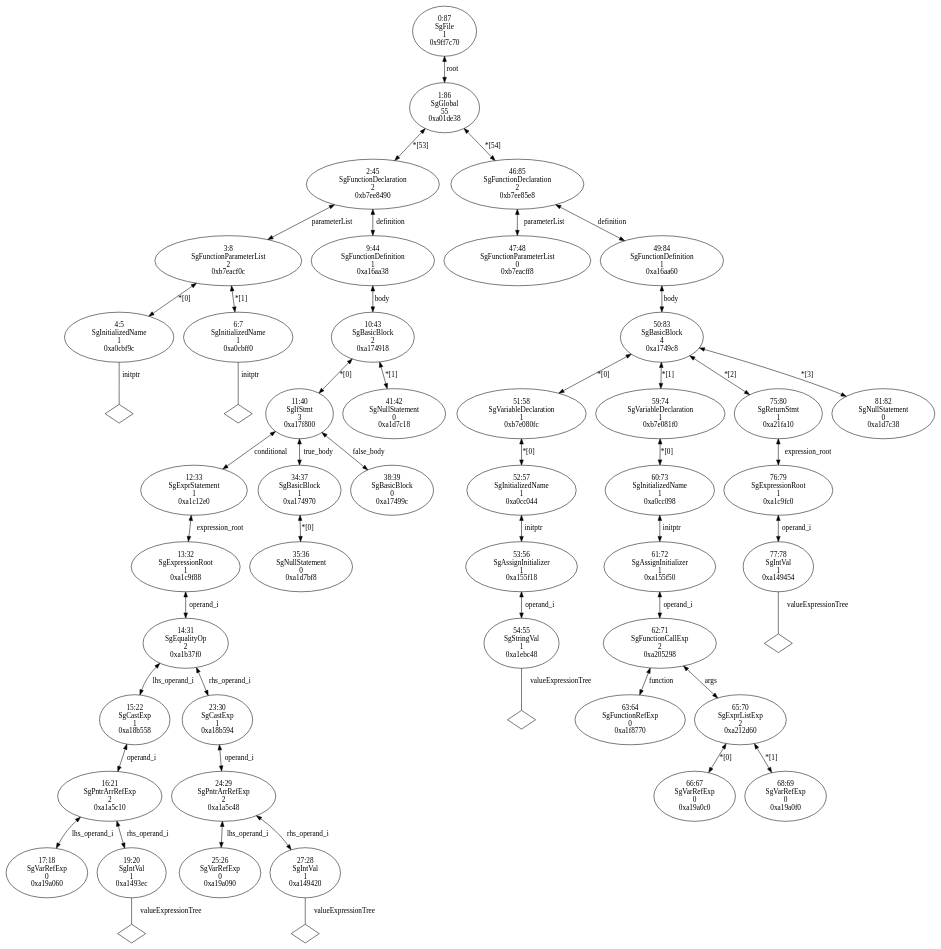
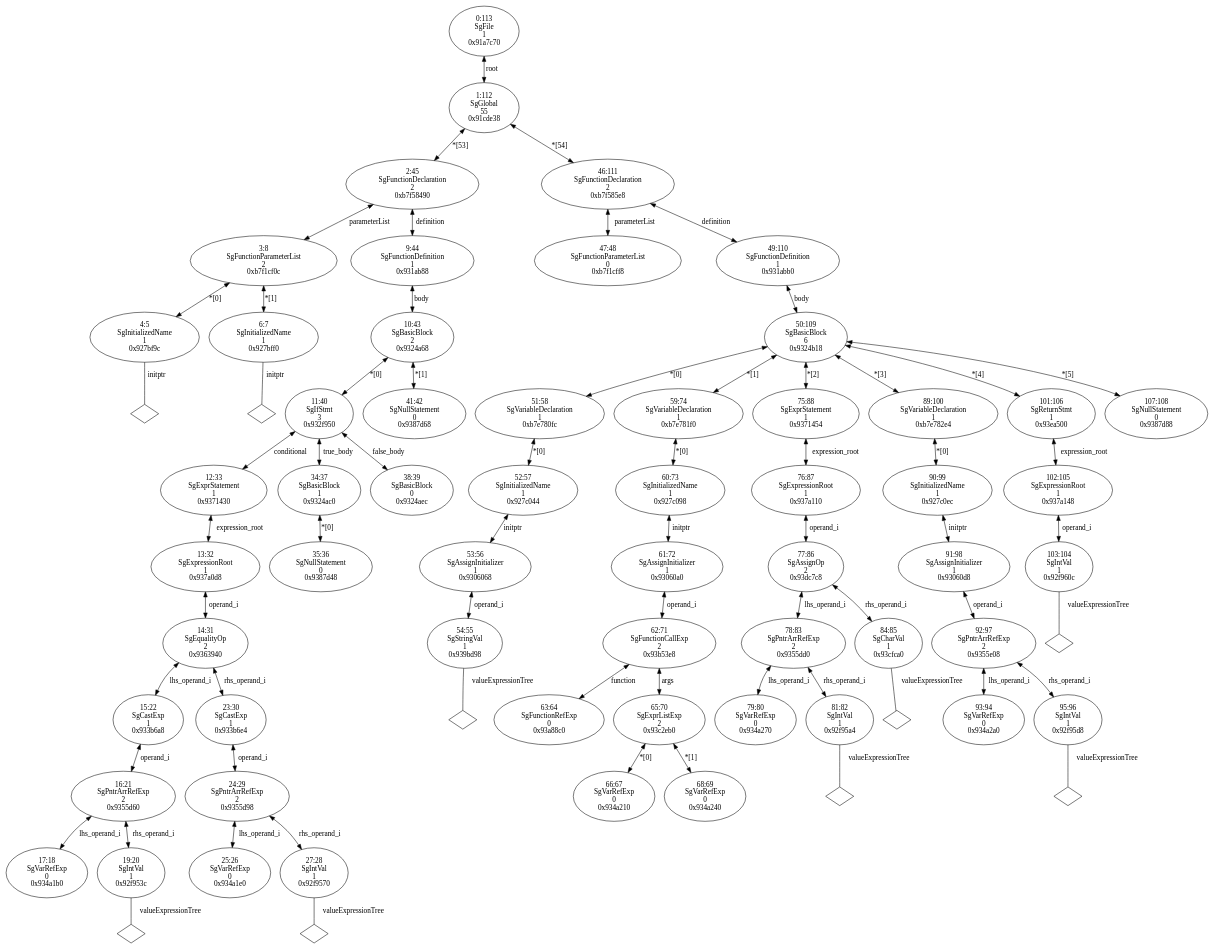
The diagram in trunk/TestResults/AliasIRInterface/passArrayPtr.c.dot (BackupTheBerlios/useoa-rose-svn), drawn with Graphviz before and after one commit. The commit also changed 4 other files, not shown here.

```diff
--- a/trunk/TestResults/AliasIRInterface/passArrayPtr.c.dot
+++ b/trunk/TestResults/AliasIRInterface/passArrayPtr.c.dot
@@ -1,101 +1,133 @@
 digraph "G./passArrayPtr.c.dot" {
-"0xa0cbf9c"[label="4:5\nSgInitializedName\n1\n0xa0cbf9c\n" ];
-"0xa0cbf9c" -> "0xa0cbf9c__initptr__null"[label="initptr" dir=none ];
-"0xa0cbf9c__initptr__null"[label="" shape=diamond ];
-"0xa0cbff0"[label="6:7\nSgInitializedName\n1\n0xa0cbff0\n" ];
-"0xa0cbff0" -> "0xa0cbff0__initptr__null"[label="initptr" dir=none ];
-"0xa0cbff0__initptr__null"[label="" shape=diamond ];
-"0xb7eacf0c"[label="3:8\nSgFunctionParameterList\n2\n0xb7eacf0c\n" ];
-"0xb7eacf0c" -> "0xa0cbf9c"[label="*[0]" dir=both ];
-"0xb7eacf0c" -> "0xa0cbff0"[label="*[1]" dir=both ];
-"0xa19a060"[label="17:18\nSgVarRefExp\n0\n0xa19a060\n" ];
-"0xa1493ec"[label="19:20\nSgIntVal\n1\n0xa1493ec\n" ];
-"0xa1493ec" -> "0xa1493ec__valueExpressionTree__null"[label="valueExpressionTree" dir=none ];
-"0xa1493ec__valueExpressionTree__null"[label="" shape=diamond ];
-"0xa1a5c10"[label="16:21\nSgPntrArrRefExp\n2\n0xa1a5c10\n" ];
-"0xa1a5c10" -> "0xa19a060"[label="lhs_operand_i" dir=both ];
-"0xa1a5c10" -> "0xa1493ec"[label="rhs_operand_i" dir=both ];
-"0xa18b558"[label="15:22\nSgCastExp\n1\n0xa18b558\n" ];
-"0xa18b558" -> "0xa1a5c10"[label="operand_i" dir=both ];
-"0xa19a090"[label="25:26\nSgVarRefExp\n0\n0xa19a090\n" ];
-"0xa149420"[label="27:28\nSgIntVal\n1\n0xa149420\n" ];
-"0xa149420" -> "0xa149420__valueExpressionTree__null"[label="valueExpressionTree" dir=none ];
-"0xa149420__valueExpressionTree__null"[label="" shape=diamond ];
-"0xa1a5c48"[label="24:29\nSgPntrArrRefExp\n2\n0xa1a5c48\n" ];
-"0xa1a5c48" -> "0xa19a090"[label="lhs_operand_i" dir=both ];
-"0xa1a5c48" -> "0xa149420"[label="rhs_operand_i" dir=both ];
-"0xa18b594"[label="23:30\nSgCastExp\n1\n0xa18b594\n" ];
-"0xa18b594" -> "0xa1a5c48"[label="operand_i" dir=both ];
-"0xa1b37f0"[label="14:31\nSgEqualityOp\n2\n0xa1b37f0\n" ];
-"0xa1b37f0" -> "0xa18b558"[label="lhs_operand_i" dir=both ];
-"0xa1b37f0" -> "0xa18b594"[label="rhs_operand_i" dir=both ];
-"0xa1c9f88"[label="13:32\nSgExpressionRoot\n1\n0xa1c9f88\n" ];
-"0xa1c9f88" -> "0xa1b37f0"[label="operand_i" dir=both ];
-"0xa1c12e0"[label="12:33\nSgExprStatement\n1\n0xa1c12e0\n" ];
-"0xa1c12e0" -> "0xa1c9f88"[label="expression_root" dir=both ];
-"0xa1d7bf8"[label="35:36\nSgNullStatement\n0\n0xa1d7bf8\n" ];
-"0xa174970"[label="34:37\nSgBasicBlock\n1\n0xa174970\n" ];
-"0xa174970" -> "0xa1d7bf8"[label="*[0]" dir=both ];
-"0xa17499c"[label="38:39\nSgBasicBlock\n0\n0xa17499c\n" ];
-"0xa17f800"[label="11:40\nSgIfStmt\n3\n0xa17f800\n" ];
-"0xa17f800" -> "0xa1c12e0"[label="conditional" dir=both ];
-"0xa17f800" -> "0xa174970"[label="true_body" dir=both ];
-"0xa17f800" -> "0xa17499c"[label="false_body" dir=both ];
-"0xa1d7c18"[label="41:42\nSgNullStatement\n0\n0xa1d7c18\n" ];
-"0xa174918"[label="10:43\nSgBasicBlock\n2\n0xa174918\n" ];
-"0xa174918" -> "0xa17f800"[label="*[0]" dir=both ];
-"0xa174918" -> "0xa1d7c18"[label="*[1]" dir=both ];
-"0xa16aa38"[label="9:44\nSgFunctionDefinition\n1\n0xa16aa38\n" ];
-"0xa16aa38" -> "0xa174918"[label="body" dir=both ];
-"0xb7ee8490"[label="2:45\nSgFunctionDeclaration\n2\n0xb7ee8490\n" ];
-"0xb7ee8490" -> "0xb7eacf0c"[label="parameterList" dir=both ];
-"0xb7ee8490" -> "0xa16aa38"[label="definition" dir=both ];
-"0xb7eacff8"[label="47:48\nSgFunctionParameterList\n0\n0xb7eacff8\n" ];
-"0xa1ebc48"[label="54:55\nSgStringVal\n1\n0xa1ebc48\n" ];
-"0xa1ebc48" -> "0xa1ebc48__valueExpressionTree__null"[label="valueExpressionTree" dir=none ];
-"0xa1ebc48__valueExpressionTree__null"[label="" shape=diamond ];
-"0xa155f18"[label="53:56\nSgAssignInitializer\n1\n0xa155f18\n" ];
-"0xa155f18" -> "0xa1ebc48"[label="operand_i" dir=both ];
-"0xa0cc044"[label="52:57\nSgInitializedName\n1\n0xa0cc044\n" ];
-"0xa0cc044" -> "0xa155f18"[label="initptr" dir=both ];
-"0xb7e080fc"[label="51:58\nSgVariableDeclaration\n1\n0xb7e080fc\n" ];
-"0xb7e080fc" -> "0xa0cc044"[label="*[0]" dir=both ];
-"0xa1f8770"[label="63:64\nSgFunctionRefExp\n0\n0xa1f8770\n" ];
-"0xa19a0c0"[label="66:67\nSgVarRefExp\n0\n0xa19a0c0\n" ];
-"0xa19a0f0"[label="68:69\nSgVarRefExp\n0\n0xa19a0f0\n" ];
-"0xa212d60"[label="65:70\nSgExprListExp\n2\n0xa212d60\n" ];
-"0xa212d60" -> "0xa19a0c0"[label="*[0]" dir=both ];
-"0xa212d60" -> "0xa19a0f0"[label="*[1]" dir=both ];
-"0xa205298"[label="62:71\nSgFunctionCallExp\n2\n0xa205298\n" ];
-"0xa205298" -> "0xa1f8770"[label="function" dir=both ];
-"0xa205298" -> "0xa212d60"[label="args" dir=both ];
-"0xa155f50"[label="61:72\nSgAssignInitializer\n1\n0xa155f50\n" ];
-"0xa155f50" -> "0xa205298"[label="operand_i" dir=both ];
-"0xa0cc098"[label="60:73\nSgInitializedName\n1\n0xa0cc098\n" ];
-"0xa0cc098" -> "0xa155f50"[label="initptr" dir=both ];
-"0xb7e081f0"[label="59:74\nSgVariableDeclaration\n1\n0xb7e081f0\n" ];
-"0xb7e081f0" -> "0xa0cc098"[label="*[0]" dir=both ];
-"0xa149454"[label="77:78\nSgIntVal\n1\n0xa149454\n" ];
-"0xa149454" -> "0xa149454__valueExpressionTree__null"[label="valueExpressionTree" dir=none ];
-"0xa149454__valueExpressionTree__null"[label="" shape=diamond ];
-"0xa1c9fc0"[label="76:79\nSgExpressionRoot\n1\n0xa1c9fc0\n" ];
-"0xa1c9fc0" -> "0xa149454"[label="operand_i" dir=both ];
-"0xa21fa10"[label="75:80\nSgReturnStmt\n1\n0xa21fa10\n" ];
-"0xa21fa10" -> "0xa1c9fc0"[label="expression_root" dir=both ];
-"0xa1d7c38"[label="81:82\nSgNullStatement\n0\n0xa1d7c38\n" ];
-"0xa1749c8"[label="50:83\nSgBasicBlock\n4\n0xa1749c8\n" ];
-"0xa1749c8" -> "0xb7e080fc"[label="*[0]" dir=both ];
-"0xa1749c8" -> "0xb7e081f0"[label="*[1]" dir=both ];
-"0xa1749c8" -> "0xa21fa10"[label="*[2]" dir=both ];
-"0xa1749c8" -> "0xa1d7c38"[label="*[3]" dir=both ];
-"0xa16aa60"[label="49:84\nSgFunctionDefinition\n1\n0xa16aa60\n" ];
-"0xa16aa60" -> "0xa1749c8"[label="body" dir=both ];
-"0xb7ee85e8"[label="46:85\nSgFunctionDeclaration\n2\n0xb7ee85e8\n" ];
-"0xb7ee85e8" -> "0xb7eacff8"[label="parameterList" dir=both ];
-"0xb7ee85e8" -> "0xa16aa60"[label="definition" dir=both ];
-"0xa01de38"[label="1:86\nSgGlobal\n55\n0xa01de38\n" ];
-"0xa01de38" -> "0xb7ee8490"[label="*[53]" dir=both ];
-"0xa01de38" -> "0xb7ee85e8"[label="*[54]" dir=both ];
-"0x9ff7c70"[label="0:87\nSgFile\n1\n0x9ff7c70\n" ];
-"0x9ff7c70" -> "0xa01de38"[label="root" dir=both ];
+"0x927bf9c"[label="4:5\nSgInitializedName\n1\n0x927bf9c\n" ];
+"0x927bf9c" -> "0x927bf9c__initptr__null"[label="initptr" dir=none ];
+"0x927bf9c__initptr__null"[label="" shape=diamond ];
+"0x927bff0"[label="6:7\nSgInitializedName\n1\n0x927bff0\n" ];
+"0x927bff0" -> "0x927bff0__initptr__null"[label="initptr" dir=none ];
+"0x927bff0__initptr__null"[label="" shape=diamond ];
+"0xb7f1cf0c"[label="3:8\nSgFunctionParameterList\n2\n0xb7f1cf0c\n" ];
+"0xb7f1cf0c" -> "0x927bf9c"[label="*[0]" dir=both ];
+"0xb7f1cf0c" -> "0x927bff0"[label="*[1]" dir=both ];
+"0x934a1b0"[label="17:18\nSgVarRefExp\n0\n0x934a1b0\n" ];
+"0x92f953c"[label="19:20\nSgIntVal\n1\n0x92f953c\n" ];
+"0x92f953c" -> "0x92f953c__valueExpressionTree__null"[label="valueExpressionTree" dir=none ];
+"0x92f953c__valueExpressionTree__null"[label="" shape=diamond ];
+"0x9355d60"[label="16:21\nSgPntrArrRefExp\n2\n0x9355d60\n" ];
+"0x9355d60" -> "0x934a1b0"[label="lhs_operand_i" dir=both ];
+"0x9355d60" -> "0x92f953c"[label="rhs_operand_i" dir=both ];
+"0x933b6a8"[label="15:22\nSgCastExp\n1\n0x933b6a8\n" ];
+"0x933b6a8" -> "0x9355d60"[label="operand_i" dir=both ];
+"0x934a1e0"[label="25:26\nSgVarRefExp\n0\n0x934a1e0\n" ];
+"0x92f9570"[label="27:28\nSgIntVal\n1\n0x92f9570\n" ];
+"0x92f9570" -> "0x92f9570__valueExpressionTree__null"[label="valueExpressionTree" dir=none ];
+"0x92f9570__valueExpressionTree__null"[label="" shape=diamond ];
+"0x9355d98"[label="24:29\nSgPntrArrRefExp\n2\n0x9355d98\n" ];
+"0x9355d98" -> "0x934a1e0"[label="lhs_operand_i" dir=both ];
+"0x9355d98" -> "0x92f9570"[label="rhs_operand_i" dir=both ];
+"0x933b6e4"[label="23:30\nSgCastExp\n1\n0x933b6e4\n" ];
+"0x933b6e4" -> "0x9355d98"[label="operand_i" dir=both ];
+"0x9363940"[label="14:31\nSgEqualityOp\n2\n0x9363940\n" ];
+"0x9363940" -> "0x933b6a8"[label="lhs_operand_i" dir=both ];
+"0x9363940" -> "0x933b6e4"[label="rhs_operand_i" dir=both ];
+"0x937a0d8"[label="13:32\nSgExpressionRoot\n1\n0x937a0d8\n" ];
+"0x937a0d8" -> "0x9363940"[label="operand_i" dir=both ];
+"0x9371430"[label="12:33\nSgExprStatement\n1\n0x9371430\n" ];
+"0x9371430" -> "0x937a0d8"[label="expression_root" dir=both ];
+"0x9387d48"[label="35:36\nSgNullStatement\n0\n0x9387d48\n" ];
+"0x9324ac0"[label="34:37\nSgBasicBlock\n1\n0x9324ac0\n" ];
+"0x9324ac0" -> "0x9387d48"[label="*[0]" dir=both ];
+"0x9324aec"[label="38:39\nSgBasicBlock\n0\n0x9324aec\n" ];
+"0x932f950"[label="11:40\nSgIfStmt\n3\n0x932f950\n" ];
+"0x932f950" -> "0x9371430"[label="conditional" dir=both ];
+"0x932f950" -> "0x9324ac0"[label="true_body" dir=both ];
+"0x932f950" -> "0x9324aec"[label="false_body" dir=both ];
+"0x9387d68"[label="41:42\nSgNullStatement\n0\n0x9387d68\n" ];
+"0x9324a68"[label="10:43\nSgBasicBlock\n2\n0x9324a68\n" ];
+"0x9324a68" -> "0x932f950"[label="*[0]" dir=both ];
+"0x9324a68" -> "0x9387d68"[label="*[1]" dir=both ];
+"0x931ab88"[label="9:44\nSgFunctionDefinition\n1\n0x931ab88\n" ];
+"0x931ab88" -> "0x9324a68"[label="body" dir=both ];
+"0xb7f58490"[label="2:45\nSgFunctionDeclaration\n2\n0xb7f58490\n" ];
+"0xb7f58490" -> "0xb7f1cf0c"[label="parameterList" dir=both ];
+"0xb7f58490" -> "0x931ab88"[label="definition" dir=both ];
+"0xb7f1cff8"[label="47:48\nSgFunctionParameterList\n0\n0xb7f1cff8\n" ];
+"0x939bd98"[label="54:55\nSgStringVal\n1\n0x939bd98\n" ];
+"0x939bd98" -> "0x939bd98__valueExpressionTree__null"[label="valueExpressionTree" dir=none ];
+"0x939bd98__valueExpressionTree__null"[label="" shape=diamond ];
+"0x9306068"[label="53:56\nSgAssignInitializer\n1\n0x9306068\n" ];
+"0x9306068" -> "0x939bd98"[label="operand_i" dir=both ];
+"0x927c044"[label="52:57\nSgInitializedName\n1\n0x927c044\n" ];
+"0x927c044" -> "0x9306068"[label="initptr" dir=both ];
+"0xb7e780fc"[label="51:58\nSgVariableDeclaration\n1\n0xb7e780fc\n" ];
+"0xb7e780fc" -> "0x927c044"[label="*[0]" dir=both ];
+"0x93a88c0"[label="63:64\nSgFunctionRefExp\n0\n0x93a88c0\n" ];
+"0x934a210"[label="66:67\nSgVarRefExp\n0\n0x934a210\n" ];
+"0x934a240"[label="68:69\nSgVarRefExp\n0\n0x934a240\n" ];
+"0x93c2eb0"[label="65:70\nSgExprListExp\n2\n0x93c2eb0\n" ];
+"0x93c2eb0" -> "0x934a210"[label="*[0]" dir=both ];
+"0x93c2eb0" -> "0x934a240"[label="*[1]" dir=both ];
+"0x93b53e8"[label="62:71\nSgFunctionCallExp\n2\n0x93b53e8\n" ];
+"0x93b53e8" -> "0x93a88c0"[label="function" dir=both ];
+"0x93b53e8" -> "0x93c2eb0"[label="args" dir=both ];
+"0x93060a0"[label="61:72\nSgAssignInitializer\n1\n0x93060a0\n" ];
+"0x93060a0" -> "0x93b53e8"[label="operand_i" dir=both ];
+"0x927c098"[label="60:73\nSgInitializedName\n1\n0x927c098\n" ];
+"0x927c098" -> "0x93060a0"[label="initptr" dir=both ];
+"0xb7e781f0"[label="59:74\nSgVariableDeclaration\n1\n0xb7e781f0\n" ];
+"0xb7e781f0" -> "0x927c098"[label="*[0]" dir=both ];
+"0x934a270"[label="79:80\nSgVarRefExp\n0\n0x934a270\n" ];
+"0x92f95a4"[label="81:82\nSgIntVal\n1\n0x92f95a4\n" ];
+"0x92f95a4" -> "0x92f95a4__valueExpressionTree__null"[label="valueExpressionTree" dir=none ];
+"0x92f95a4__valueExpressionTree__null"[label="" shape=diamond ];
+"0x9355dd0"[label="78:83\nSgPntrArrRefExp\n2\n0x9355dd0\n" ];
+"0x9355dd0" -> "0x934a270"[label="lhs_operand_i" dir=both ];
+"0x9355dd0" -> "0x92f95a4"[label="rhs_operand_i" dir=both ];
+"0x93cfca0"[label="84:85\nSgCharVal\n1\n0x93cfca0\n" ];
+"0x93cfca0" -> "0x93cfca0__valueExpressionTree__null"[label="valueExpressionTree" dir=none ];
+"0x93cfca0__valueExpressionTree__null"[label="" shape=diamond ];
+"0x93dc7c8"[label="77:86\nSgAssignOp\n2\n0x93dc7c8\n" ];
+"0x93dc7c8" -> "0x9355dd0"[label="lhs_operand_i" dir=both ];
+"0x93dc7c8" -> "0x93cfca0"[label="rhs_operand_i" dir=both ];
+"0x937a110"[label="76:87\nSgExpressionRoot\n1\n0x937a110\n" ];
+"0x937a110" -> "0x93dc7c8"[label="operand_i" dir=both ];
+"0x9371454"[label="75:88\nSgExprStatement\n1\n0x9371454\n" ];
+"0x9371454" -> "0x937a110"[label="expression_root" dir=both ];
+"0x934a2a0"[label="93:94\nSgVarRefExp\n0\n0x934a2a0\n" ];
+"0x92f95d8"[label="95:96\nSgIntVal\n1\n0x92f95d8\n" ];
+"0x92f95d8" -> "0x92f95d8__valueExpressionTree__null"[label="valueExpressionTree" dir=none ];
+"0x92f95d8__valueExpressionTree__null"[label="" shape=diamond ];
+"0x9355e08"[label="92:97\nSgPntrArrRefExp\n2\n0x9355e08\n" ];
+"0x9355e08" -> "0x934a2a0"[label="lhs_operand_i" dir=both ];
+"0x9355e08" -> "0x92f95d8"[label="rhs_operand_i" dir=both ];
+"0x93060d8"[label="91:98\nSgAssignInitializer\n1\n0x93060d8\n" ];
+"0x93060d8" -> "0x9355e08"[label="operand_i" dir=both ];
+"0x927c0ec"[label="90:99\nSgInitializedName\n1\n0x927c0ec\n" ];
+"0x927c0ec" -> "0x93060d8"[label="initptr" dir=both ];
+"0xb7e782e4"[label="89:100\nSgVariableDeclaration\n1\n0xb7e782e4\n" ];
+"0xb7e782e4" -> "0x927c0ec"[label="*[0]" dir=both ];
+"0x92f960c"[label="103:104\nSgIntVal\n1\n0x92f960c\n" ];
+"0x92f960c" -> "0x92f960c__valueExpressionTree__null"[label="valueExpressionTree" dir=none ];
+"0x92f960c__valueExpressionTree__null"[label="" shape=diamond ];
+"0x937a148"[label="102:105\nSgExpressionRoot\n1\n0x937a148\n" ];
+"0x937a148" -> "0x92f960c"[label="operand_i" dir=both ];
+"0x93ea500"[label="101:106\nSgReturnStmt\n1\n0x93ea500\n" ];
+"0x93ea500" -> "0x937a148"[label="expression_root" dir=both ];
+"0x9387d88"[label="107:108\nSgNullStatement\n0\n0x9387d88\n" ];
+"0x9324b18"[label="50:109\nSgBasicBlock\n6\n0x9324b18\n" ];
+"0x9324b18" -> "0xb7e780fc"[label="*[0]" dir=both ];
+"0x9324b18" -> "0xb7e781f0"[label="*[1]" dir=both ];
+"0x9324b18" -> "0x9371454"[label="*[2]" dir=both ];
+"0x9324b18" -> "0xb7e782e4"[label="*[3]" dir=both ];
+"0x9324b18" -> "0x93ea500"[label="*[4]" dir=both ];
+"0x9324b18" -> "0x9387d88"[label="*[5]" dir=both ];
+"0x931abb0"[label="49:110\nSgFunctionDefinition\n1\n0x931abb0\n" ];
+"0x931abb0" -> "0x9324b18"[label="body" dir=both ];
+"0xb7f585e8"[label="46:111\nSgFunctionDeclaration\n2\n0xb7f585e8\n" ];
+"0xb7f585e8" -> "0xb7f1cff8"[label="parameterList" dir=both ];
+"0xb7f585e8" -> "0x931abb0"[label="definition" dir=both ];
+"0x91cde38"[label="1:112\nSgGlobal\n55\n0x91cde38\n" ];
+"0x91cde38" -> "0xb7f58490"[label="*[53]" dir=both ];
+"0x91cde38" -> "0xb7f585e8"[label="*[54]" dir=both ];
+"0x91a7c70"[label="0:113\nSgFile\n1\n0x91a7c70\n" ];
+"0x91a7c70" -> "0x91cde38"[label="root" dir=both ];
 }
```
